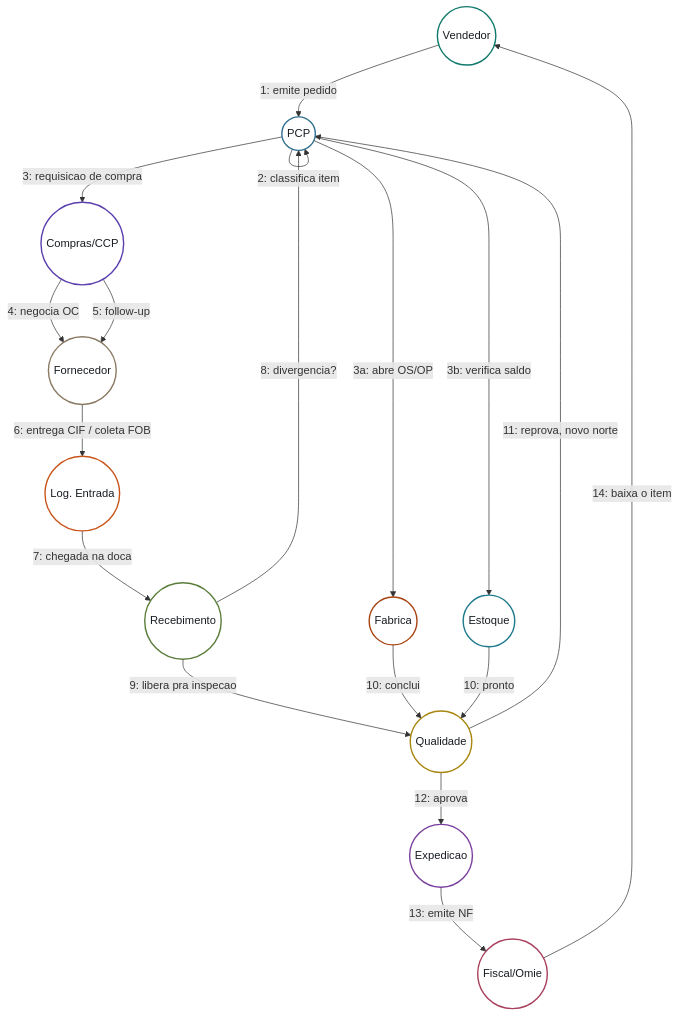
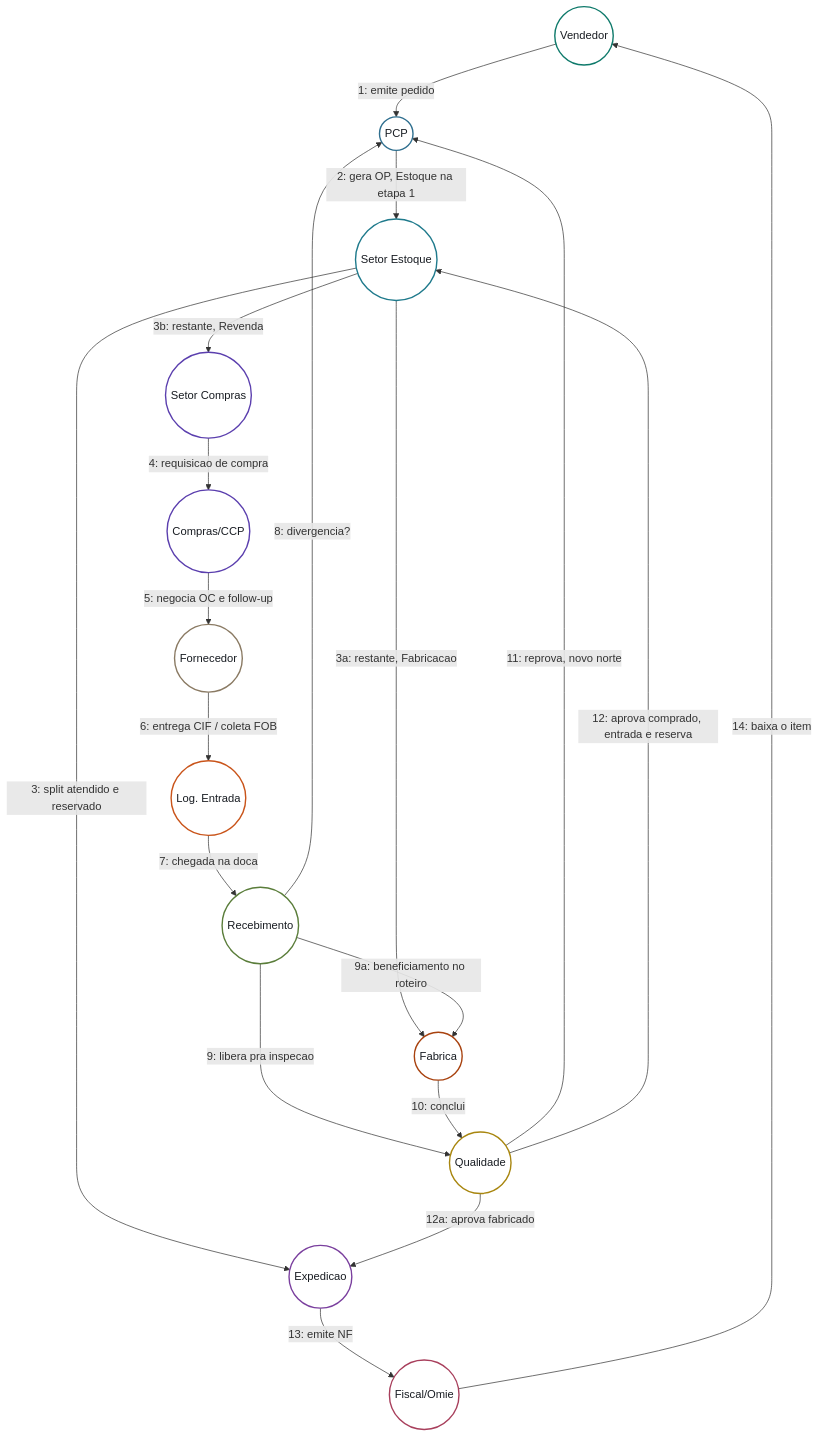
Before and after one commit to Acosvital/vault-avhub-mer: diagram 18 of 28 in 04-Arquitetura-Transversal/Diagramas-UML.md, drawn with Mermaid. The commit also changed other lines of this file and 36 other files, not shown here.

First line of the commit message:
Encaixe do Estoque e da Revenda no fluxo do PCP (MES)

````diff
--- a/04-Arquitetura-Transversal/Diagramas-UML.md
+++ b/04-Arquitetura-Transversal/Diagramas-UML.md
@@ -1016,44 +1043,47 @@
 ```mermaid
 flowchart TD
     Vendedor((Vendedor))
     PCP((PCP))
+    Estoque((Setor Estoque))
+    SCompras((Setor Compras))
     Compras((Compras/CCP))
     Fornecedor((Fornecedor))
     LogEnt((Log. Entrada))
     Receb((Recebimento))
     Fabrica((Fabrica))
-    Estoque((Estoque))
     Qualidade((Qualidade))
     Expedicao((Expedicao))
     Fiscal((Fiscal/Omie))
 
     Vendedor -- "1: emite pedido" --> PCP
-    PCP -- "2: classifica item" --> PCP
-    PCP -- "3: requisicao de compra" --> Compras
-    PCP -- "3a: abre OS/OP" --> Fabrica
-    PCP -- "3b: verifica saldo" --> Estoque
-    Compras -- "4: negocia OC" --> Fornecedor
-    Compras -- "5: follow-up" --> Fornecedor
+    PCP -- "2: gera OP, Estoque na etapa 1" --> Estoque
+    Estoque -- "3: split atendido e reservado" --> Expedicao
+    Estoque -- "3a: restante, Fabricacao" --> Fabrica
+    Estoque -- "3b: restante, Revenda" --> SCompras
+    SCompras -- "4: requisicao de compra" --> Compras
+    Compras -- "5: negocia OC e follow-up" --> Fornecedor
     Fornecedor -- "6: entrega CIF / coleta FOB" --> LogEnt
     LogEnt -- "7: chegada na doca" --> Receb
     Receb -- "8: divergencia?" --> PCP
     Receb -- "9: libera pra inspecao" --> Qualidade
+    Receb -- "9a: beneficiamento no roteiro" --> Fabrica
     Fabrica -- "10: conclui" --> Qualidade
-    Estoque -- "10: pronto" --> Qualidade
     Qualidade -- "11: reprova, novo norte" --> PCP
-    Qualidade -- "12: aprova" --> Expedicao
+    Qualidade -- "12: aprova comprado, entrada e reserva" --> Estoque
+    Qualidade -- "12a: aprova fabricado" --> Expedicao
     Expedicao -- "13: emite NF" --> Fiscal
     Fiscal -- "14: baixa o item" --> Vendedor
 
     style Vendedor fill:#ffffff,stroke:#0f7a6b,stroke-width:2px,color:#181c22
     style PCP fill:#ffffff,stroke:#2f6f8f,stroke-width:2px,color:#181c22
+    style Estoque fill:#ffffff,stroke:#1f7a8c,stroke-width:2px,color:#181c22
+    style SCompras fill:#ffffff,stroke:#5b3fae,stroke-width:2px,color:#181c22
     style Compras fill:#ffffff,stroke:#5b3fae,stroke-width:2px,color:#181c22
     style Fornecedor fill:#ffffff,stroke:#8a7a63,stroke-width:2px,color:#181c22
     style LogEnt fill:#ffffff,stroke:#c9541a,stroke-width:2px,color:#181c22
     style Receb fill:#ffffff,stroke:#5a7d3a,stroke-width:2px,color:#181c22
     style Fabrica fill:#ffffff,stroke:#a8420f,stroke-width:2px,color:#181c22
-    style Estoque fill:#ffffff,stroke:#1f7a8c,stroke-width:2px,color:#181c22
     style Qualidade fill:#ffffff,stroke:#a8860f,stroke-width:2px,color:#181c22
     style Expedicao fill:#ffffff,stroke:#7a3f9e,stroke-width:2px,color:#181c22
     style Fiscal fill:#ffffff,stroke:#a83f5c,stroke-width:2px,color:#181c22
 ```
````
